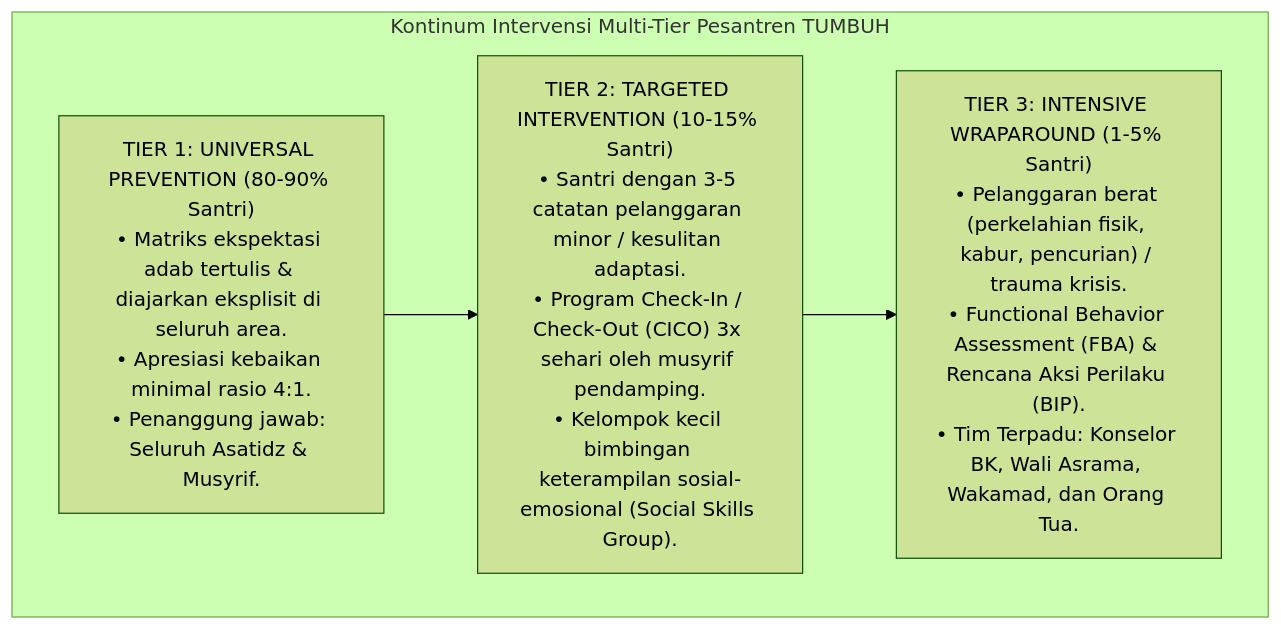
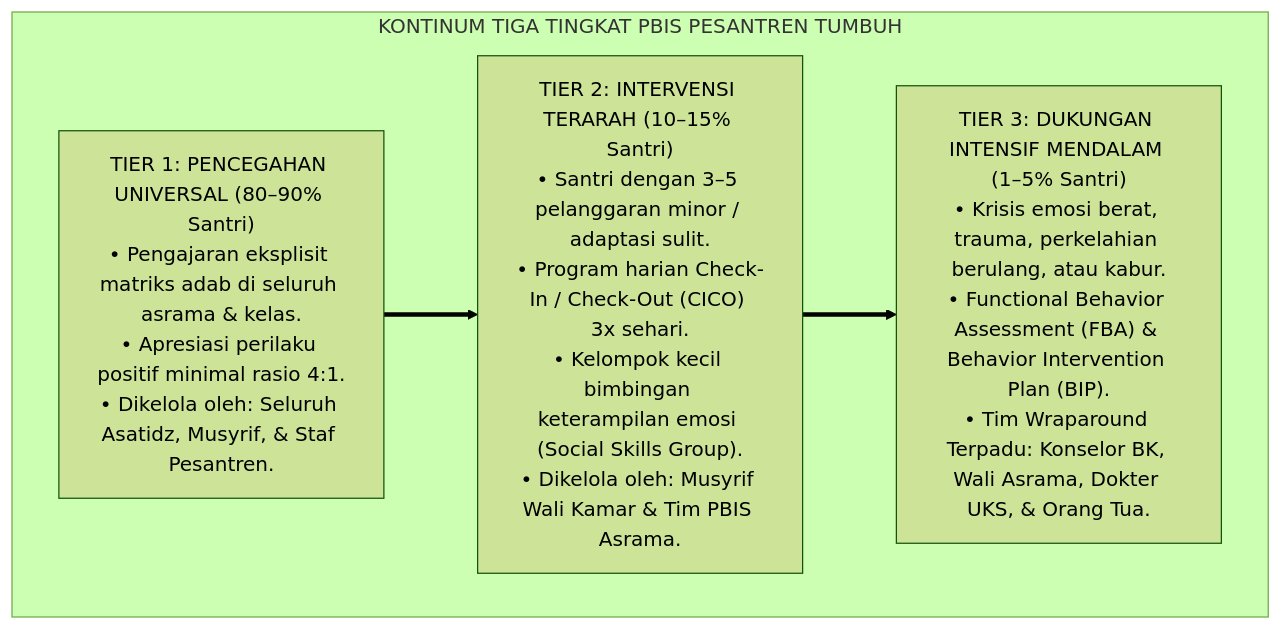
One commit to wandiapriliyandi/tumbuh changed the third of 7 diagrams in 02 Principles/06 Intervention Principles/P2-06-01-Prinsip-Multi-Tier-Intervention-PBIS.md. Above: the diagram before and after it, drawn with Mermaid (forest theme). The commit also changed other lines of this file and 42 other files, not shown here.

````diff
--- a/02 Principles/06 Intervention Principles/P2-06-01-Prinsip-Multi-Tier-Intervention-PBIS.md
+++ b/02 Principles/06 Intervention Principles/P2-06-01-Prinsip-Multi-Tier-Intervention-PBIS.md
@@ -10,12 +104,12 @@
 ```mermaid
 graph TD
-    subgraph PBIS_Tier_Pesantren["Kontinum Intervensi Multi-Tier Pesantren TUMBUH"]
-        T1["TIER 1: UNIVERSAL PREVENTION (80-90% Santri)<br/>• Matriks ekspektasi adab tertulis & diajarkan eksplisit di seluruh area.<br/>• Apresiasi kebaikan minimal rasio 4:1.<br/>• Penanggung jawab: Seluruh Asatidz & Musyrif."]
+    subgraph PiramidaPBISTUMBUH["KONTINUM TIGA TINGKAT PBIS PESANTREN TUMBUH"]
+        T1["TIER 1: PENCEGAHAN UNIVERSAL (80–90% Santri)<br/>• Pengajaran eksplisit matriks adab di seluruh asrama & kelas.<br/>• Apresiasi perilaku positif minimal rasio 4:1.<br/>• Dikelola oleh: Seluruh Asatidz, Musyrif, & Staf Pesantren."]
         
-        T2["TIER 2: TARGETED INTERVENTION (10-15% Santri)<br/>• Santri dengan 3-5 catatan pelanggaran minor / kesulitan adaptasi.<br/>• Program Check-In / Check-Out (CICO) 3x sehari oleh musyrif pendamping.<br/>• Kelompok kecil bimbingan keterampilan sosial-emosional (Social Skills Group)."]
+        T2["TIER 2: INTERVENSI TERARAH (10–15% Santri)<br/>• Santri dengan 3–5 pelanggaran minor / adaptasi sulit.<br/>• Program harian Check-In / Check-Out (CICO) 3x sehari.<br/>• Kelompok kecil bimbingan keterampilan emosi (Social Skills Group).<br/>• Dikelola oleh: Musyrif Wali Kamar & Tim PBIS Asrama."]
         
-        T3["TIER 3: INTENSIVE WRAPAROUND (1-5% Santri)<br/>• Pelanggaran berat (perkelahian fisik, kabur, pencurian) / trauma krisis.<br/>• Functional Behavior Assessment (FBA) & Rencana Aksi Perilaku (BIP).<br/>• Tim Terpadu: Konselor BK, Wali Asrama, Wakamad, dan Orang Tua."]
-
-        T1 --> T2 --> T3
+        T3["TIER 3: DUKUNGAN INTENSIF MENDALAM (1–5% Santri)<br/>• Krisis emosi berat, trauma, perkelahian berulang, atau kabur.<br/>• Functional Behavior Assessment (FBA) & Behavior Intervention Plan (BIP).<br/>• Tim Wraparound Terpadu: Konselor BK, Wali Asrama, Dokter UKS, & Orang Tua."]
+        
+        T1 ==> T2 ==> T3
     end
 ```
````
